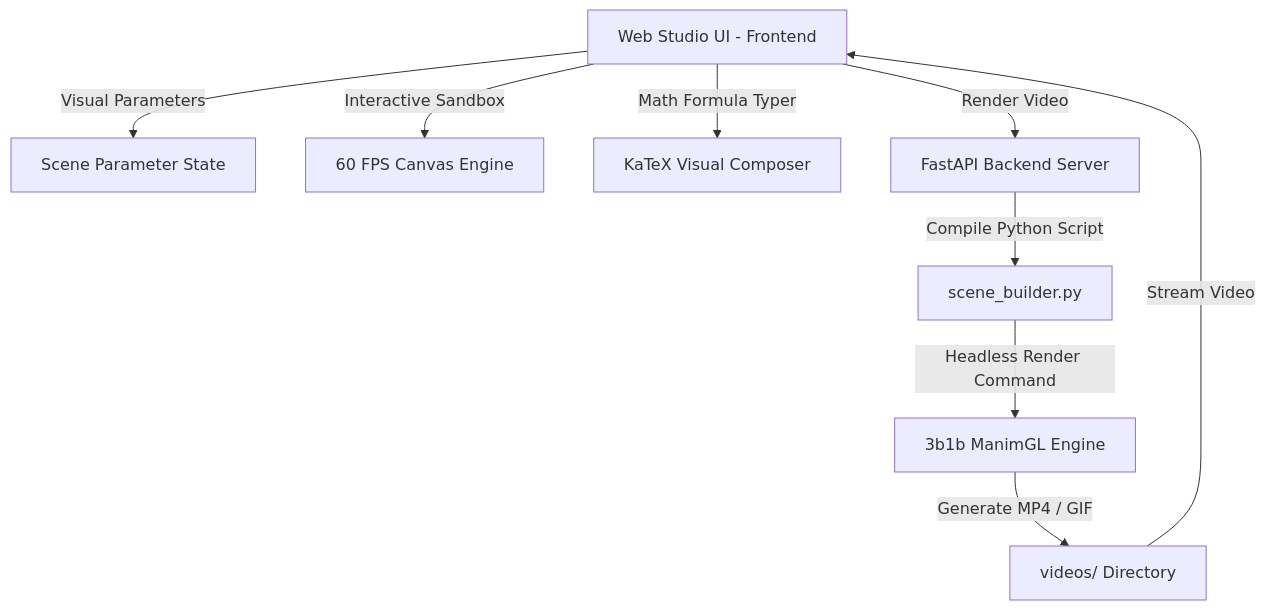
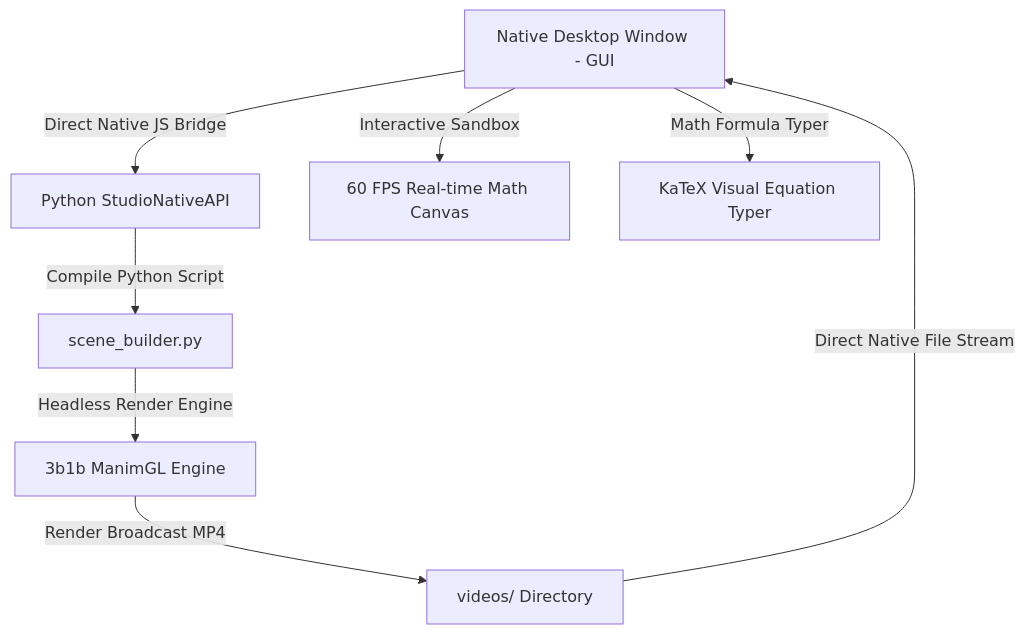
The diagram in README.md (Zaki101Aslam/manim), drawn with Mermaid before and after one commit. The commit also changed other lines of this file and 3 other files, not shown here.

Commit message:
feat: Convert MathMotion Studio into a standalone desktop application (zero localhost/ports)

````diff
--- a/README.md
+++ b/README.md
@@ -99,11 +99,10 @@
 ```mermaid
 graph TD
-    A[Web Studio UI - Frontend] -->|Visual Parameters| B[Scene Parameter State]
-    A -->|Interactive Sandbox| C[60 FPS Canvas Engine]
-    A -->|Math Formula Typer| D[KaTeX Visual Composer]
-    A -->|Render Video| E[FastAPI Backend Server]
-    E -->|Compile Python Script| F[scene_builder.py]
-    F -->|Headless Render Command| G[3b1b ManimGL Engine]
-    G -->|Generate MP4 / GIF| H[videos/ Directory]
-    H -->|Stream Video| A
+    A[Native Desktop Window - GUI] -->|Direct Native JS Bridge| B[Python StudioNativeAPI]
+    A -->|Interactive Sandbox| C[60 FPS Real-time Math Canvas]
+    A -->|Math Formula Typer| D[KaTeX Visual Equation Typer]
+    B -->|Compile Python Script| E[scene_builder.py]
+    E -->|Headless Render Engine| F[3b1b ManimGL Engine]
+    F -->|Render Broadcast MP4| G[videos/ Directory]
+    G -->|Direct Native File Stream| A
 ```
````
